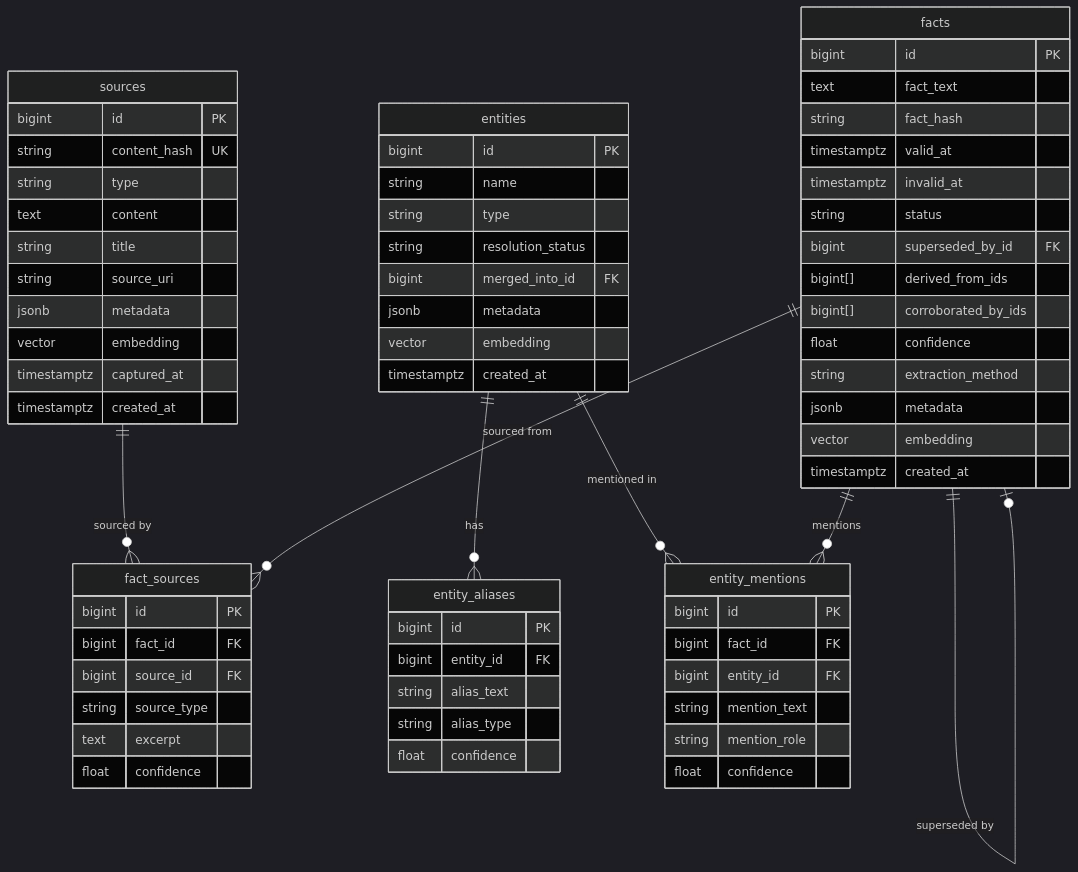
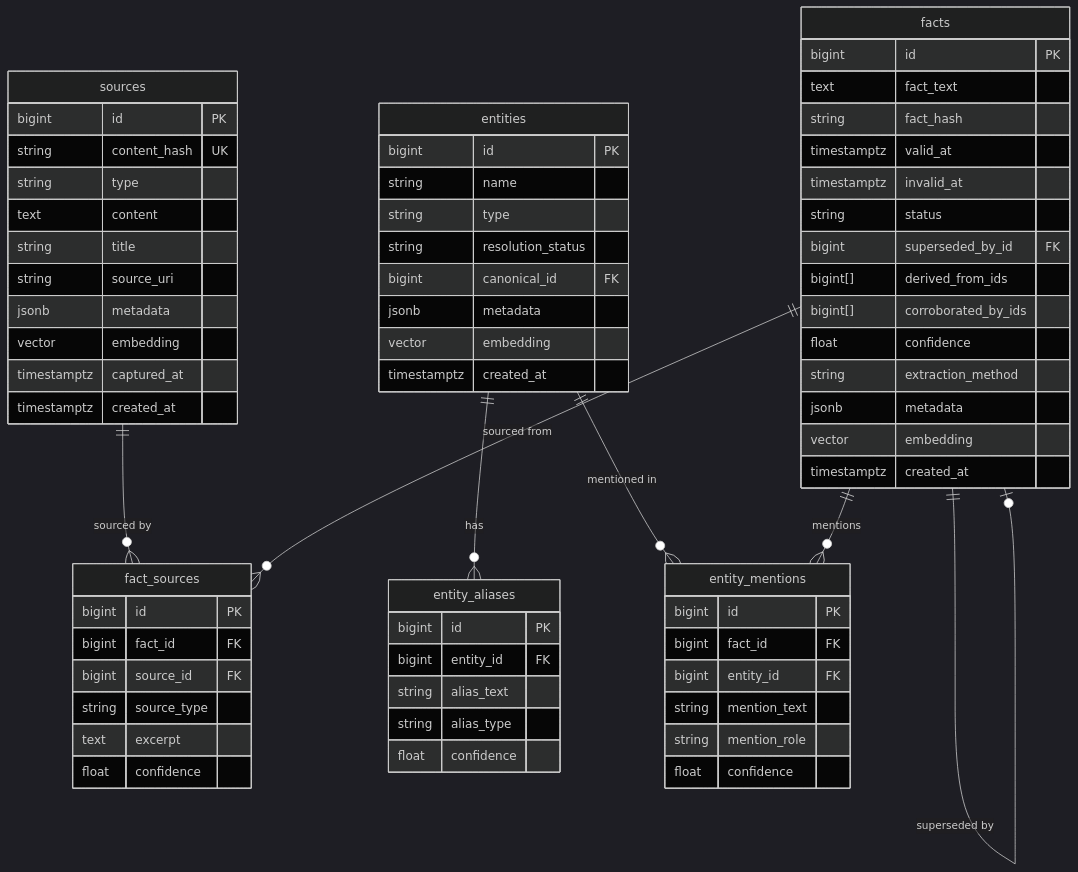
One commit to MadBomber/fact_db changed the diagram in docs/architecture/database-schema.md. Above: the diagram before and after it, drawn with Mermaid (dark theme). The commit also changed other lines of this file and 9 other files, not shown here.

First line of the commit message:
refactor(schema)!: rename merged_into_id to canonical_id

````diff
--- a/docs/architecture/database-schema.md
+++ b/docs/architecture/database-schema.md
@@ -7,76 +7,76 @@
 ```mermaid
 erDiagram
     sources ||--o{ fact_sources : "sourced by"
     entities ||--o{ entity_aliases : "has"
     entities ||--o{ entity_mentions : "mentioned in"
     facts ||--o{ entity_mentions : "mentions"
     facts ||--o{ fact_sources : "sourced from"
     facts ||--o| facts : "superseded by"
 
     sources {
         bigint id PK
         string content_hash UK
         string type
         text content
         string title
         string source_uri
         jsonb metadata
         vector embedding
         timestamptz captured_at
         timestamptz created_at
     }
 
     entities {
         bigint id PK
         string name
         string type
         string resolution_status
-        bigint merged_into_id FK
+        bigint canonical_id FK
         jsonb metadata
         vector embedding
         timestamptz created_at
     }
 
     entity_aliases {
         bigint id PK
         bigint entity_id FK
         string alias_text
         string alias_type
         float confidence
     }
 
     facts {
         bigint id PK
         text fact_text
         string fact_hash
         timestamptz valid_at
         timestamptz invalid_at
         string status
         bigint superseded_by_id FK
         bigint[] derived_from_ids
         bigint[] corroborated_by_ids
         float confidence
         string extraction_method
         jsonb metadata
         vector embedding
         timestamptz created_at
     }
 
     entity_mentions {
         bigint id PK
         bigint fact_id FK
         bigint entity_id FK
         string mention_text
         string mention_role
         float confidence
     }
 
     fact_sources {
         bigint id PK
         bigint fact_id FK
         bigint source_id FK
         string source_type
         text excerpt
         float confidence
     }
 ```
````
